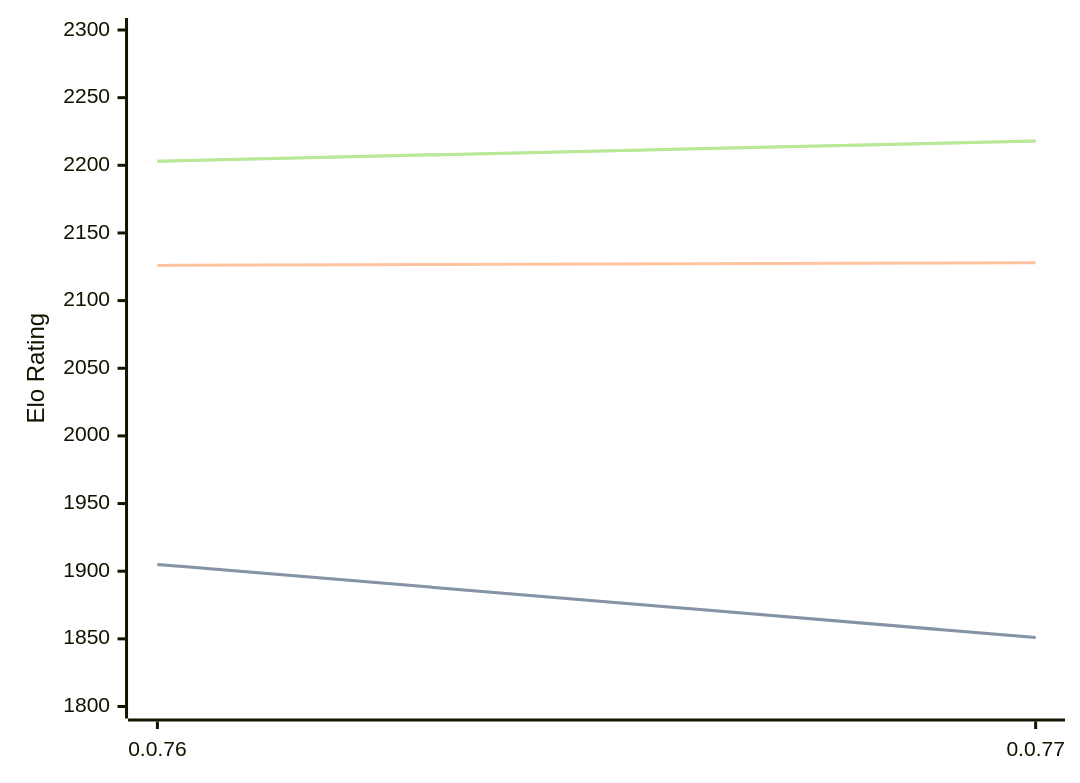
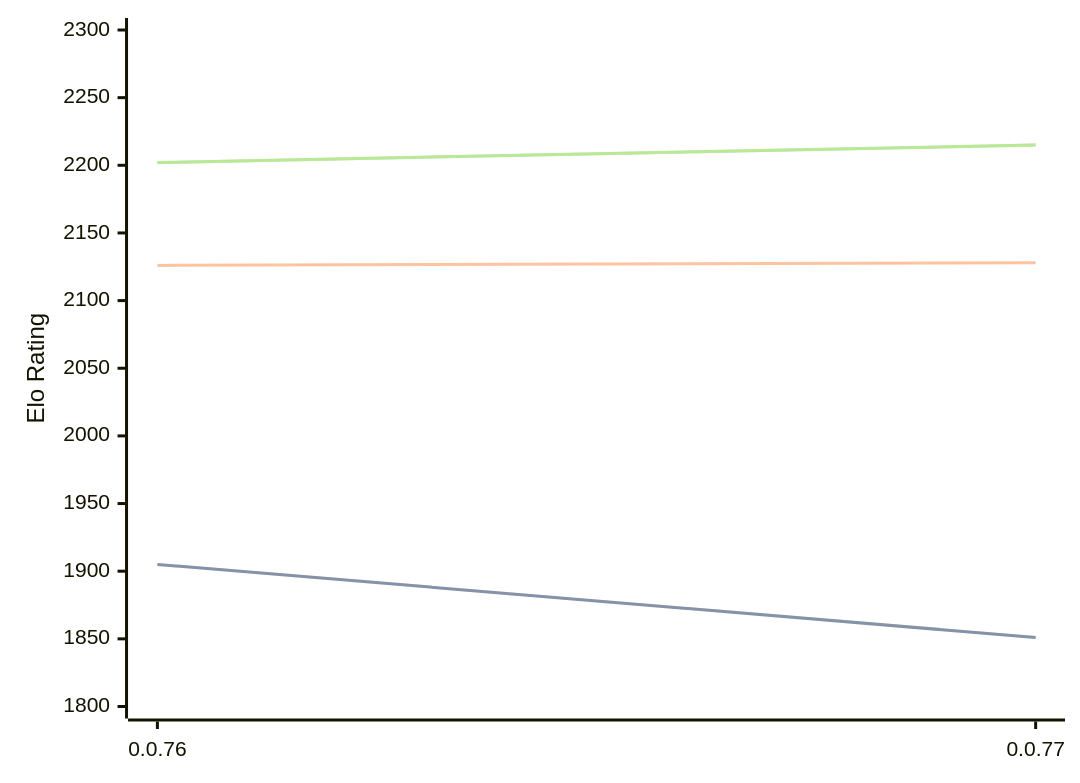
The diagram in engines/Fktb.md (computer-chess-index/cci), drawn with Mermaid before and after one commit. The commit also changed other lines of this file, not shown here.

Commit message:
Update CCI Ratings (ELO VLTC) - 2026-08-11

````diff
--- a/engines/Fktb.md
+++ b/engines/Fktb.md
@@ -32,11 +32,11 @@
 ```mermaid
 %%{init: {"theme":"base","themeVariables":{"seriesColors:['#a3a3a3','#222221','#faa371']}}}%%
 xychart-beta
   x-axis ["0.0.76", "0.0.77"]
   y-axis "Elo Rating" 1800 --> 2300
   line "STC (8.0+0.08s)" [1905, 1851]
   line "STC (8.0+0.08s)" [1905, 1851]
   line "LTC (60.0+0.60s)" [2126, 2128]
-  line "VLTC (2m24s+1.12s)" [2203, 2218]
-  line "VLTC (2m24s+1.12s)" [2203, 2218]
+  line "VLTC (2m24s+1.12s)" [2202, 2215]
+  line "VLTC (2m24s+1.12s)" [2202, 2215]
 ```
````
